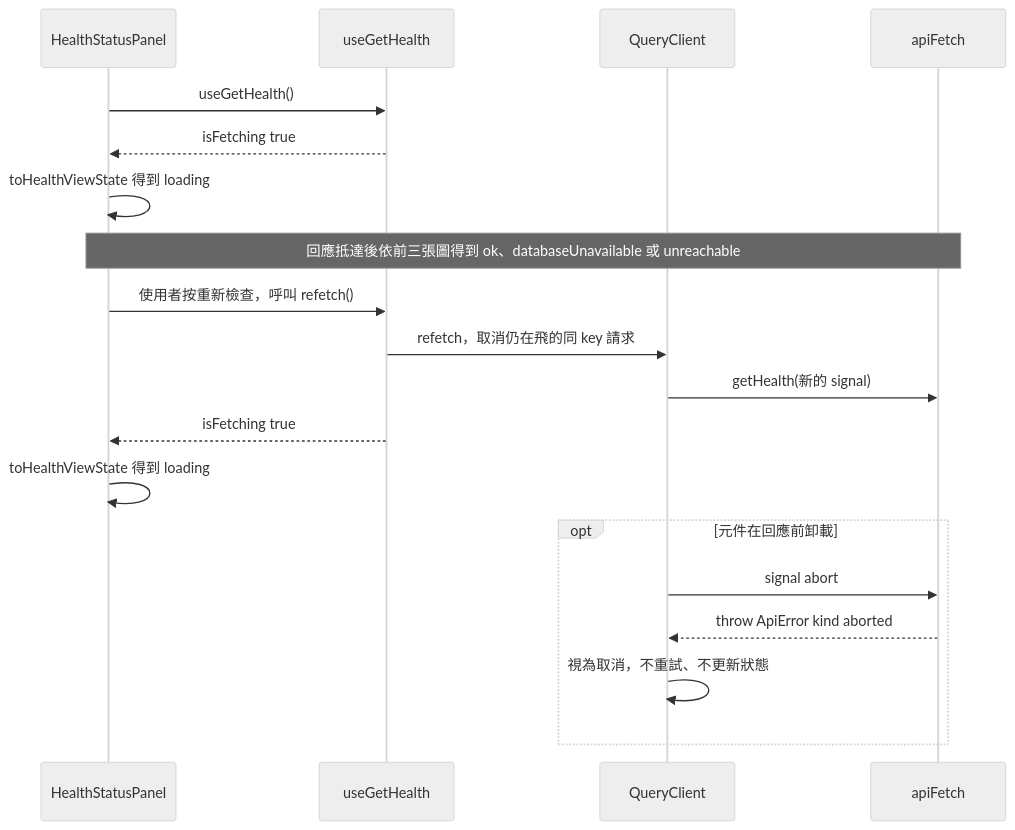
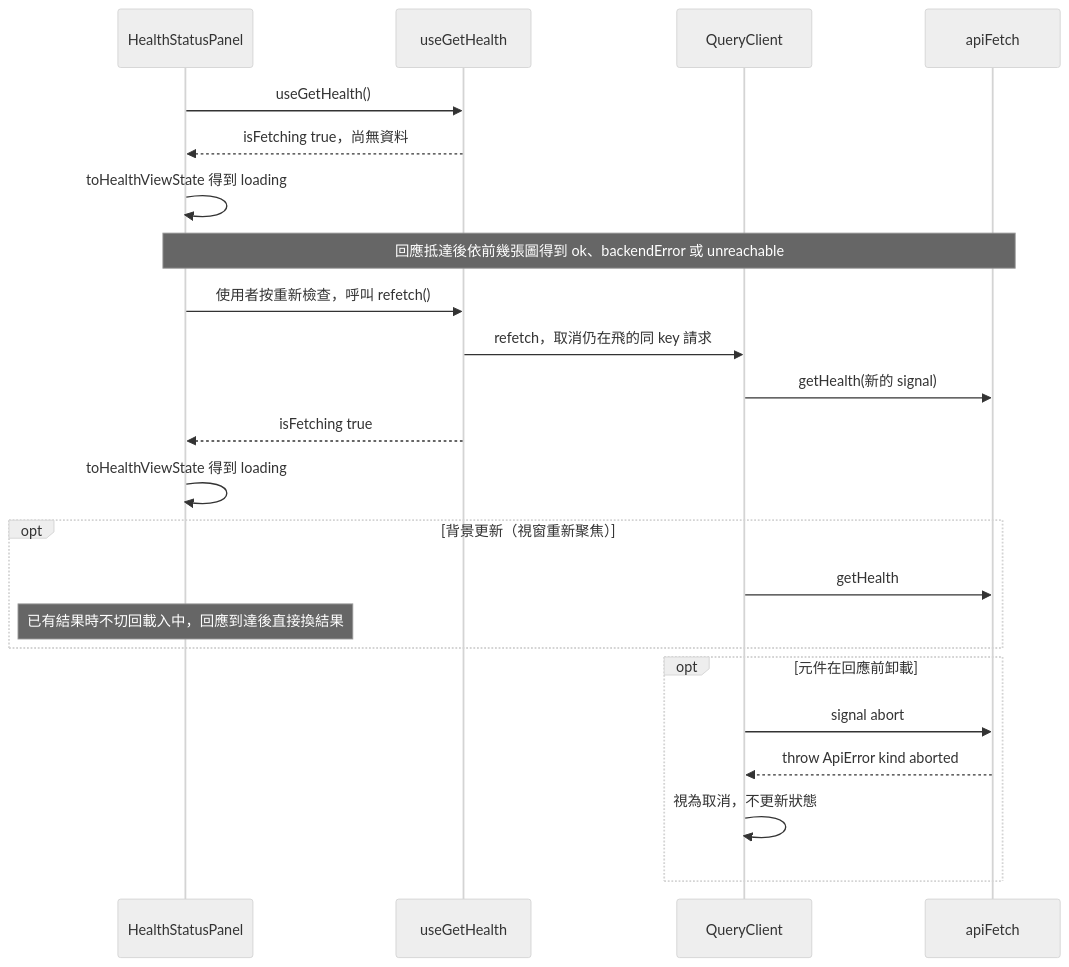
One commit to label-suite/label-suite changed the seventh of 14 diagrams in openspec/changes/frontend-skeleton/system-design.md. Above: the diagram before and after it, drawn with Mermaid (neutral theme). The commit also changed other lines of this file and 4 other files, not shown here.

````diff
--- a/openspec/changes/frontend-skeleton/system-design.md
+++ b/openspec/changes/frontend-skeleton/system-design.md
@@ -592,21 +643,25 @@
 ```mermaid
 sequenceDiagram
   participant Panel as HealthStatusPanel
   participant Hook as useGetHealth
   participant QC as QueryClient
   participant Mut as apiFetch
   Panel->>Hook: useGetHealth()
-  Hook-->>Panel: isFetching true
+  Hook-->>Panel: isFetching true，尚無資料
   Panel->>Panel: toHealthViewState 得到 loading
-  Note over Panel,Mut: 回應抵達後依前三張圖得到 ok、databaseUnavailable 或 unreachable
+  Note over Panel,Mut: 回應抵達後依前幾張圖得到 ok、backendError 或 unreachable
   Panel->>Hook: 使用者按重新檢查，呼叫 refetch()
   Hook->>QC: refetch，取消仍在飛的同 key 請求
   QC->>Mut: getHealth(新的 signal)
   Hook-->>Panel: isFetching true
   Panel->>Panel: toHealthViewState 得到 loading
+  opt 背景更新（視窗重新聚焦）
+    QC->>Mut: getHealth
+    Note over Panel: 已有結果時不切回載入中，回應到達後直接換結果
+  end
   opt 元件在回應前卸載
     QC->>Mut: signal abort
     Mut-->>QC: throw ApiError kind aborted
-    QC->>QC: 視為取消，不重試、不更新狀態
+    QC->>QC: 視為取消，不更新狀態
   end
 ```
````
